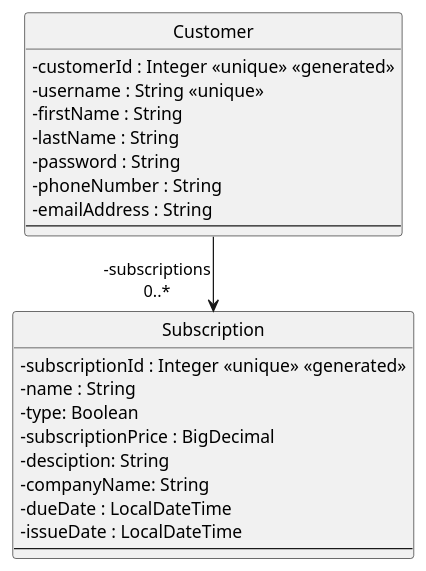
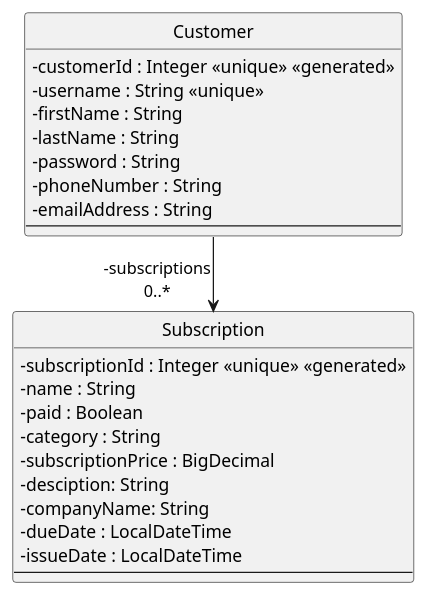
Before and after one commit to 62firelight/SubTrack: the diagram in diagrams/domainClassDiagram.puml, drawn with PlantUML.

Commit message:
Renamed type data field and added category data field
References #2.

```diff
--- a/diagrams/domainClassDiagram.puml
+++ b/diagrams/domainClassDiagram.puml
@@ -1,53 +1,54 @@
 @startuml
 
 skinparam {
     Style strictuml
     RoundCorner 5
     ' use characters instead of icons for showing visibility
     ClassAttributeIconSize 0
     Database {
 	' the default border no longer matches the normal colours (bug?), so fix this
 	BorderColor #A80036
     }
     Sequence {
 	' make activations yellow too
 	LifeLineBackgroundColor #FDFDCD
 
 	' make stereotypes less ugly
 	Stereotype {
 		Font {
 			Size 11
 			Style plain
 		}
 	}
     }
 }
  
 class "Customer" as customer {
     -customerId : Integer <<unique>> <<generated>>
     -username : String <<unique>>
     -firstName : String
     -lastName : String
     -password : String
     -phoneNumber : String
     -emailAddress : String
     '-card_details? 
   --
 }
 
 class "Subscription" as sub {
     -subscriptionId : Integer <<unique>> <<generated>>
     -name : String
-    -type: Boolean
+    -paid : Boolean
+    -category : String
     -subscriptionPrice : BigDecimal
     -desciption: String
     -companyName: String
     -dueDate : LocalDateTime
     -issueDate : LocalDateTime
   --
 }
 
 customer --> "-subscriptions\n0..*" sub
 
 
 @enduml
```
